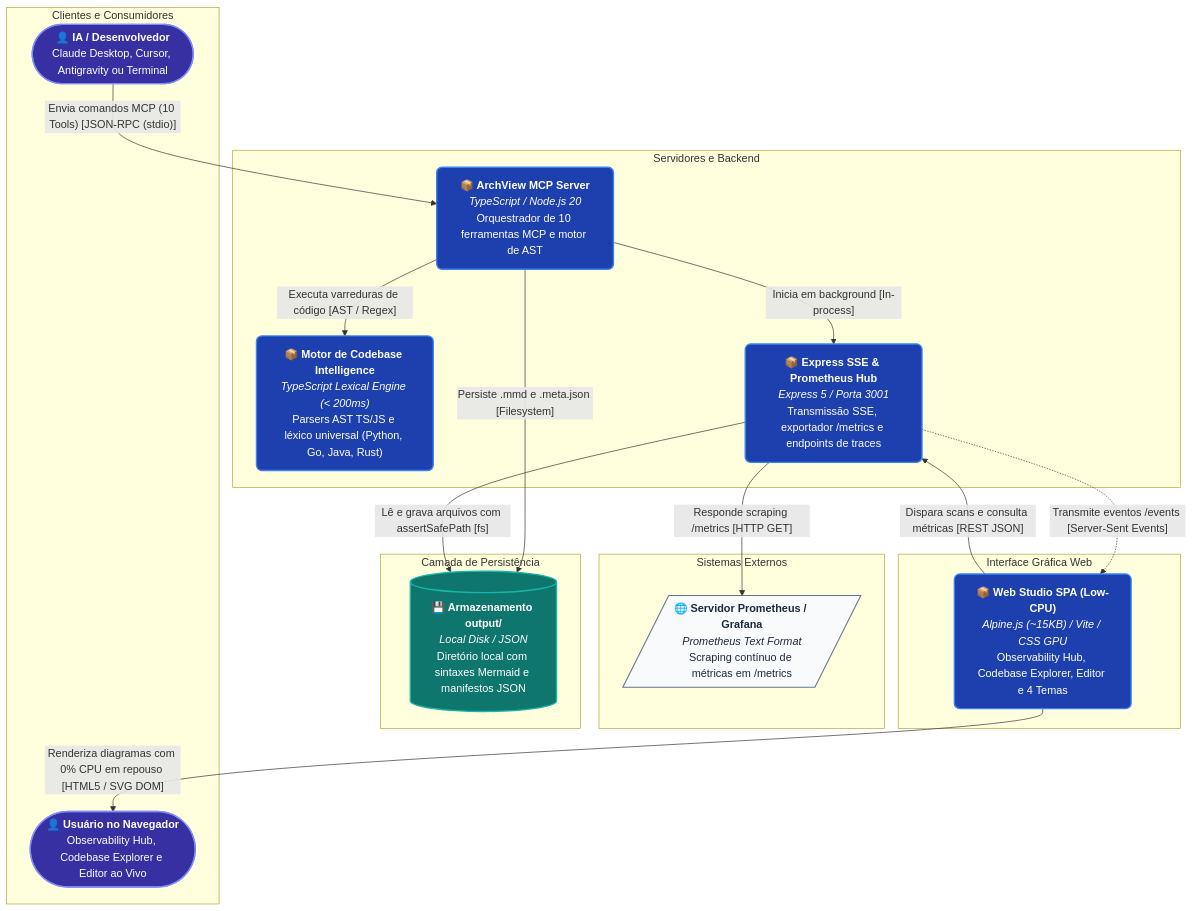
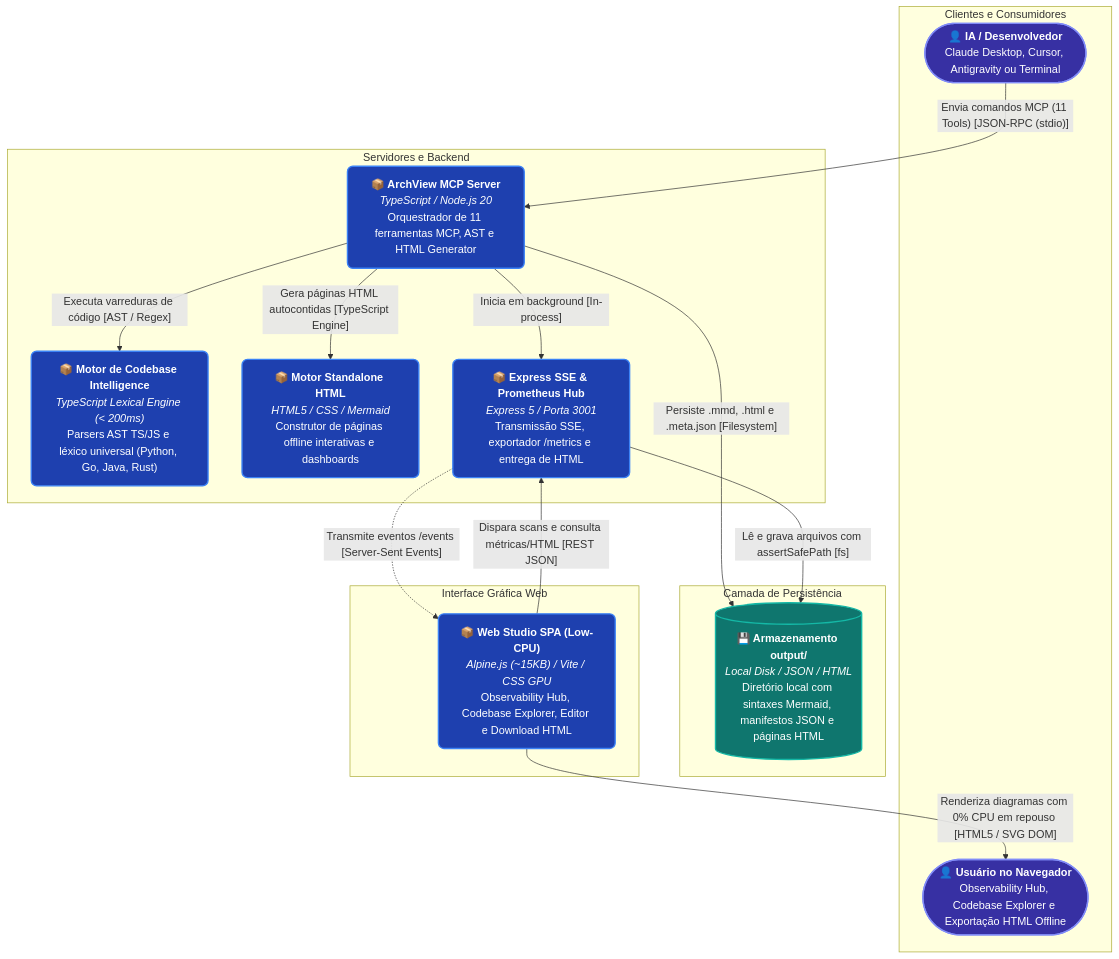
The diagram in output/self-doc-architecture.mmd (70gurupia/archview), drawn with Mermaid before and after one commit. The commit also changed 44 other files, not shown here.

Commit message:
feat(v5.0): implementar gerador de HTML standalone offline, 11ª tool MCP e dashboards executivos

```diff
--- a/output/self-doc-architecture.mmd
+++ b/output/self-doc-architecture.mmd
@@ -1,47 +1,45 @@
 flowchart TD
   subgraph sg_1[" Clientes e Consumidores "]
     ai_client(["<b>👤 IA / Desenvolvedor</b><br/>Claude Desktop, Cursor, Antigravity ou Terminal"])
-    browser_user(["<b>👤 Usuário no Navegador</b><br/>Observability Hub, Codebase Explorer e Editor ao Vivo"])
+    browser_user(["<b>👤 Usuário no Navegador</b><br/>Observability Hub, Codebase Explorer e Exportação HTML Offline"])
   end
 
-  subgraph sg_2[" Sistemas Externos "]
-    prom_collector[/"<b>🌐 Servidor Prometheus / Grafana</b><br/><i>Prometheus Text Format</i><br/>Scraping contínuo de métricas em /metrics"/]
+  subgraph sg_2[" Servidores e Backend "]
+    mcp_server["<b>📦 ArchView MCP Server</b><br/><i>TypeScript / Node.js 20</i><br/>Orquestrador de 11 ferramentas MCP, AST e HTML Generator"]
+    engine_v3["<b>📦 Motor de Codebase Intelligence</b><br/><i>TypeScript Lexical Engine (< 200ms)</i><br/>Parsers AST TS/JS e léxico universal (Python, Go, Java, Rust)"]
+    html_engine["<b>📦 Motor Standalone HTML</b><br/><i>HTML5 / CSS / Mermaid</i><br/>Construtor de páginas offline interativas e dashboards"]
+    sse_server["<b>📦 Express SSE & Prometheus Hub</b><br/><i>Express 5 / Porta 3001</i><br/>Transmissão SSE, exportador /metrics e entrega de HTML"]
   end
 
-  subgraph sg_3[" Servidores e Backend "]
-    mcp_server["<b>📦 ArchView MCP Server</b><br/><i>TypeScript / Node.js 20</i><br/>Orquestrador de 10 ferramentas MCP e motor de AST"]
-    engine_v3["<b>📦 Motor de Codebase Intelligence</b><br/><i>TypeScript Lexical Engine (< 200ms)</i><br/>Parsers AST TS/JS e léxico universal (Python, Go, Java, Rust)"]
-    sse_server["<b>📦 Express SSE & Prometheus Hub</b><br/><i>Express 5 / Porta 3001</i><br/>Transmissão SSE, exportador /metrics e endpoints de traces"]
+  subgraph sg_3[" Camada de Persistência "]
+    storage[("<b>💾 Armazenamento output/</b><br/><i>Local Disk / JSON / HTML</i><br/>Diretório local com sintaxes Mermaid, manifestos JSON e páginas HTML")]
   end
 
-  subgraph sg_4[" Camada de Persistência "]
-    storage[("<b>💾 Armazenamento output/</b><br/><i>Local Disk / JSON</i><br/>Diretório local com sintaxes Mermaid e manifestos JSON")]
+  subgraph sg_4[" Interface Gráfica Web "]
+    web_studio["<b>📦 Web Studio SPA (Low-CPU)</b><br/><i>Alpine.js (~15KB) / Vite / CSS GPU</i><br/>Observability Hub, Codebase Explorer, Editor e Download HTML"]
   end
 
-  subgraph sg_5[" Interface Gráfica Web "]
-    web_studio["<b>📦 Web Studio SPA (Low-CPU)</b><br/><i>Alpine.js (~15KB) / Vite / CSS GPU</i><br/>Observability Hub, Codebase Explorer, Editor e 4 Temas"]
-  end
-
-  ai_client -->|"Envia comandos MCP (10 Tools) [JSON-RPC (stdio)]"| mcp_server
+  ai_client -->|"Envia comandos MCP (11 Tools) [JSON-RPC (stdio)]"| mcp_server
   mcp_server -->|"Executa varreduras de código [AST / Regex]"| engine_v3
+  mcp_server -->|"Gera páginas HTML autocontidas [TypeScript Engine]"| html_engine
   mcp_server -->|"Inicia em background [In-process]"| sse_server
-  mcp_server -->|"Persiste .mmd e .meta.json [Filesystem]"| storage
+  mcp_server -->|"Persiste .mmd, .html e .meta.json [Filesystem]"| storage
   sse_server -->|"Lê e grava arquivos com assertSafePath [fs]"| storage
   sse_server -.->|"Transmite eventos /events [Server-Sent Events]"| web_studio
-  sse_server -->|"Responde scraping /metrics [HTTP GET]"| prom_collector
   web_studio -->|"Renderiza diagramas com 0% CPU em repouso [HTML5 / SVG DOM]"| browser_user
-  web_studio -->|"Dispara scans e consulta métricas [REST JSON]"| sse_server
+  web_studio -->|"Dispara scans e consulta métricas/HTML [REST JSON]"| sse_server
 
   classDef default fill:#F8FAFC,stroke:#64748B,stroke-width:1.5px,color:#1E293B,rx:8px,ry:8px;
   classDef primary fill:#1E40AF,stroke:#3B82F6,stroke-width:2px,color:#FFFFFF,rx:8px,ry:8px;
   classDef success fill:#0F766E,stroke:#14B8A6,stroke-width:2px,color:#FFFFFF,rx:8px,ry:8px;
   classDef accent fill:#3730A3,stroke:#818CF8,stroke-width:2px,color:#FFFFFF,rx:8px,ry:8px;
   classDef warning fill:#D97706,stroke:#F59E0B,stroke-width:2px,color:#FFFFFF,rx:8px,ry:8px;
   classDef danger fill:#B91C1C,stroke:#EF4444,stroke-width:2px,color:#FFFFFF,rx:8px,ry:8px;
   class ai_client accent;
   class browser_user accent;
   class mcp_server primary;
   class engine_v3 primary;
+  class html_engine primary;
   class sse_server primary;
   class storage success;
   class web_studio primary;
```
